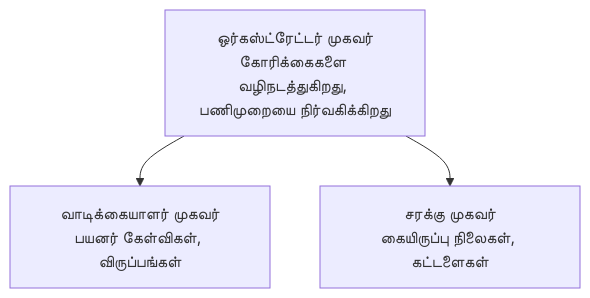
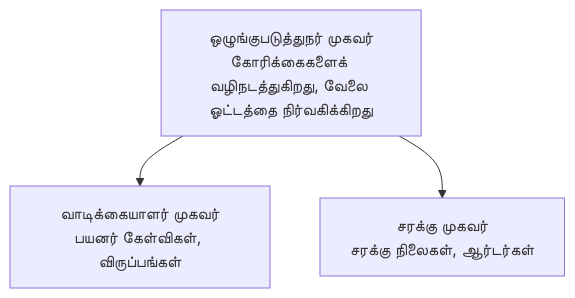
One commit to microsoft/AZD-for-beginners changed the diagram in translations/ta/docs/chapter-05-multi-agent/README.md. Above: the diagram before and after it, drawn with Mermaid. The commit also changed other lines of this file and 101 other files, not shown here.

````diff
--- a/translations/ta/docs/chapter-05-multi-agent/README.md
+++ b/translations/ta/docs/chapter-05-multi-agent/README.md
@@ -50,5 +52,5 @@
 ```mermaid
 graph TD
-    Orchestrator[ஒர்கஸ்ட்ரேட்டர் முகவர்<br/>கோரிக்கைகளை வழிநடத்துகிறது, பணிமுறையை நிர்வகிக்கிறது] --> Customer[வாடிக்கையாளர் முகவர்<br/>பயனர் கேள்விகள், விருப்பங்கள்]
-    Orchestrator --> Inventory[சரக்கு முகவர்<br/>கையிருப்பு நிலைகள், கட்டளைகள்]
+    Orchestrator[ஒழுங்குபடுத்துநர் முகவர்<br/>கோரிக்கைகளைக் வழிநடத்துகிறது, வேலை ஓட்டத்தை நிர்வகிக்கிறது] --> Customer[வாடிக்கையாளர் முகவர்<br/>பயனர் கேள்விகள், விருப்பங்கள்]
+    Orchestrator --> Inventory[சரக்கு முகவர்<br/>சரக்கு நிலைகள், ஆர்டர்கள்]
 ```
````
